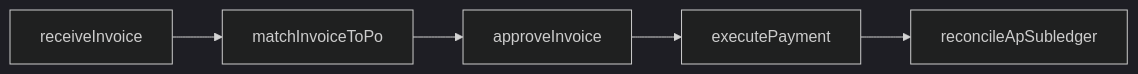
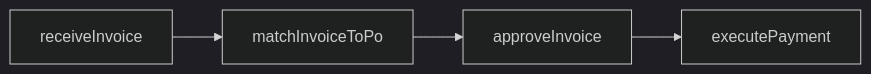
One commit to dot-org-ai/departments.org.ai changed the first of 2 diagrams in Finance/AccountsPayable.mdx. Above: the diagram before and after it, drawn with Mermaid (dark theme). The commit also changed 14 other files, not shown here.

````diff
--- a/Finance/AccountsPayable.mdx
+++ b/Finance/AccountsPayable.mdx
@@ -82,7 +82,6 @@
 ```mermaid
 graph LR
   receiveInvoice --> matchInvoiceToPo
   matchInvoiceToPo --> approveInvoice
   approveInvoice --> executePayment
-  executePayment --> reconcileApSubledger
 ```
````
